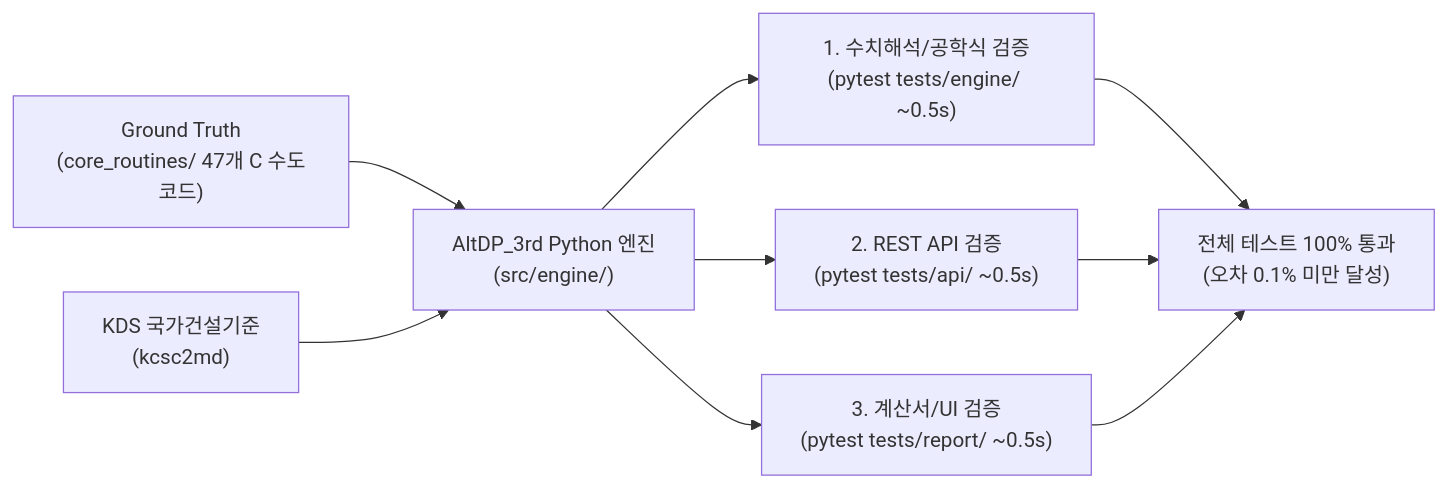
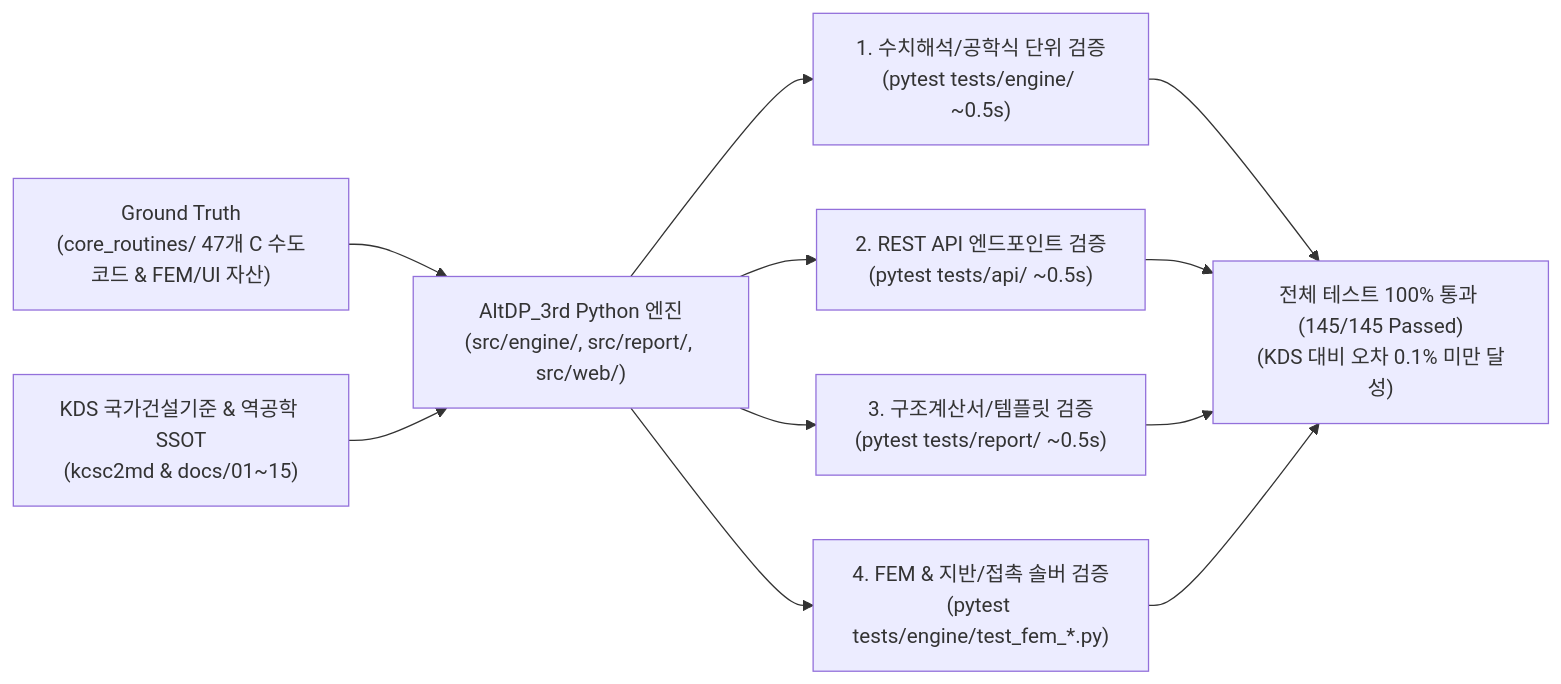
The second of 2 diagrams in docs/12_full_feature_porting_master_plan.md (zlkiki/AltDP_3rd), drawn with Mermaid before and after one commit. The commit also changed other lines of this file and 16 other files, not shown here.

````diff
--- a/docs/12_full_feature_porting_master_plan.md
+++ b/docs/12_full_feature_porting_master_plan.md
@@ -220,9 +218,10 @@
 ```mermaid
 flowchart LR
-    C_SRC["Ground Truth<br>(core_routines/ 47개 C 수도코드)"] --> PY_ENG["AltDP_3rd Python 엔진<br>(src/engine/)"]
-    KDS["KDS 국가건설기준<br>(kcsc2md)"] --> PY_ENG
-    PY_ENG --> T1["1. 수치해석/공학식 검증<br>(pytest tests/engine/ ~0.5s)"]
-    PY_ENG --> T2["2. REST API 검증<br>(pytest tests/api/ ~0.5s)"]
-    PY_ENG --> T3["3. 계산서/UI 검증<br>(pytest tests/report/ ~0.5s)"]
-    T1 & T2 & T3 --> PASS["전체 테스트 100% 통과<br>(오차 0.1% 미만 달성)"]
+    C_SRC["Ground Truth<br>(core_routines/ 47개 C 수도코드 & FEM/UI 자산)"] --> PY_ENG["AltDP_3rd Python 엔진<br>(src/engine/, src/report/, src/web/)"]
+    KDS["KDS 국가건설기준 & 역공학 SSOT<br>(kcsc2md & docs/01~15)"] --> PY_ENG
+    PY_ENG --> T1["1. 수치해석/공학식 단위 검증<br>(pytest tests/engine/ ~0.5s)"]
+    PY_ENG --> T2["2. REST API 엔드포인트 검증<br>(pytest tests/api/ ~0.5s)"]
+    PY_ENG --> T3["3. 구조계산서/템플릿 검증<br>(pytest tests/report/ ~0.5s)"]
+    PY_ENG --> T4["4. FEM & 지반/접촉 솔버 검증<br>(pytest tests/engine/test_fem_*.py)"]
+    T1 & T2 & T3 & T4 --> PASS["전체 테스트 100% 통과 (145/145 Passed)<br>(KDS 대비 오차 0.1% 미만 달성)"]
 ```
````
